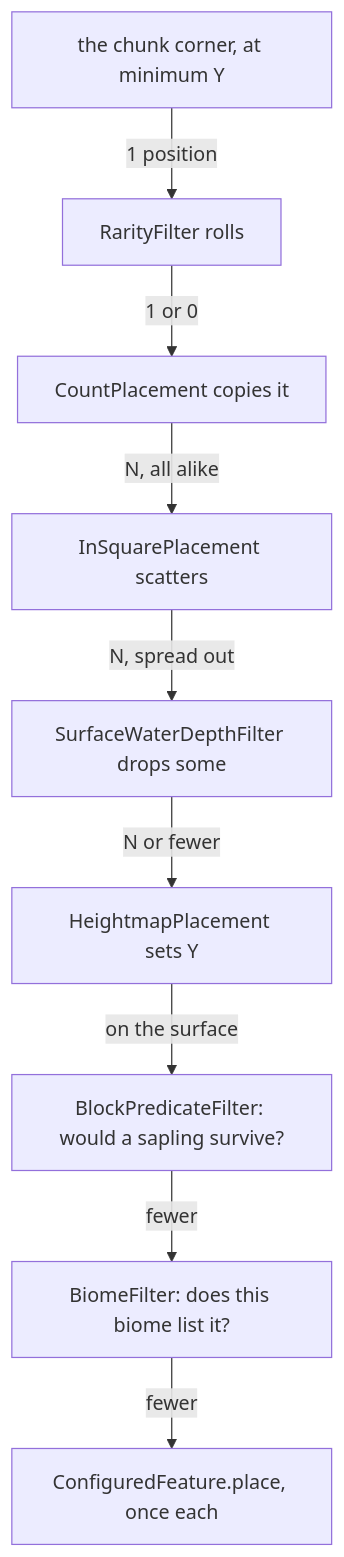
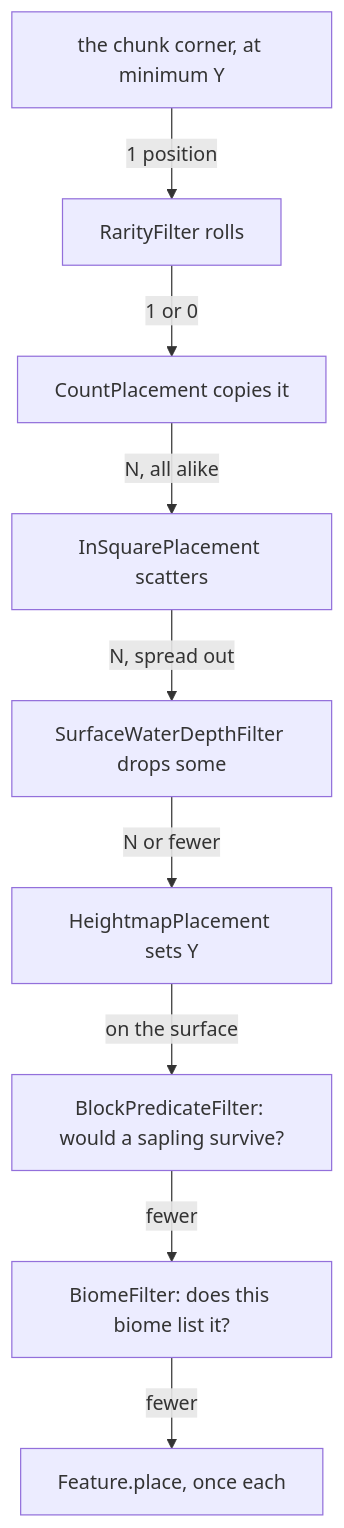
The first of 2 diagrams in src/systems/worldgen/features-and-placement.md (AlexanderjFraser/MinecraftDocs), drawn with Mermaid before and after one commit. The commit also changed other lines of this file and 68 other files, not shown here.

````diff
--- a/src/systems/worldgen/features-and-placement.md
+++ b/src/systems/worldgen/features-and-placement.md
@@ -31,11 +31,11 @@
 ```mermaid
 flowchart TD
     A["the chunk corner, at minimum Y"] -->|"1 position"| B["RarityFilter rolls"]
     B -->|"1 or 0"| C["CountPlacement copies it"]
     C -->|"N, all alike"| D["InSquarePlacement scatters"]
     D -->|"N, spread out"| E["SurfaceWaterDepthFilter drops some"]
     E -->|"N or fewer"| F["HeightmapPlacement sets Y"]
     F -->|"on the surface"| G["BlockPredicateFilter: would a sapling survive?"]
     G -->|"fewer"| H["BiomeFilter: does this biome list it?"]
-    H -->|"fewer"| I["ConfiguredFeature.place, once each"]
+    H -->|"fewer"| I["Feature.place, once each"]
 ```
````
